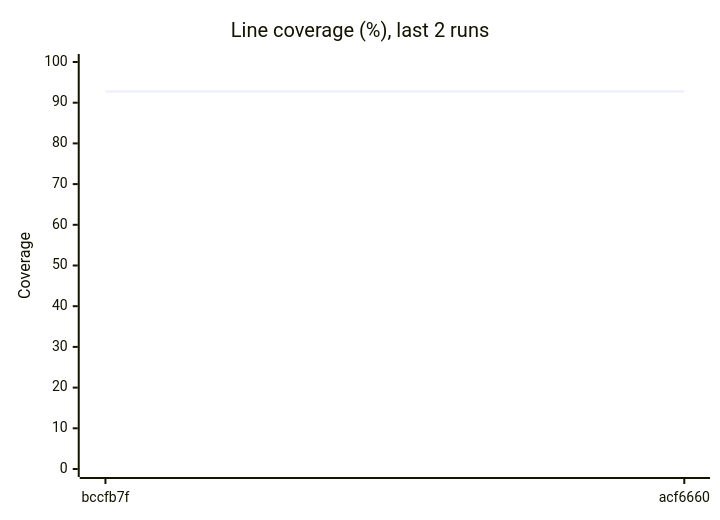
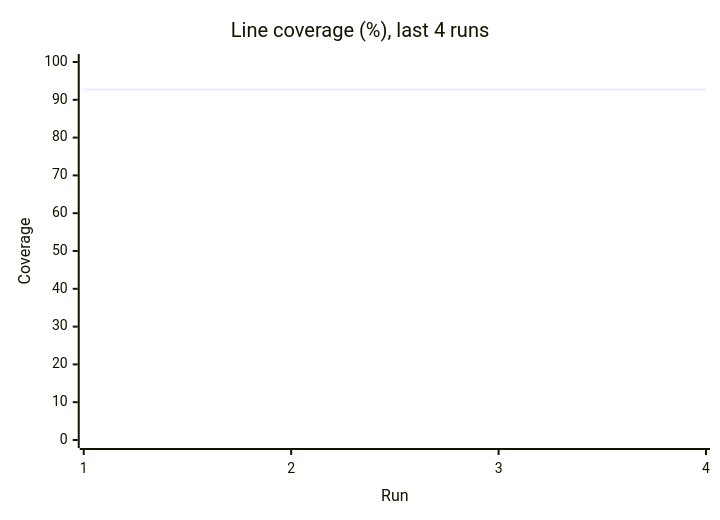
One commit to Shirojoufu/Service-Template changed the third of 3 diagrams in reports/summary.md. Above: the diagram before and after it, drawn with Mermaid. The commit also changed other lines of this file and 5 other files, not shown here.

````diff
--- a/reports/summary.md
+++ b/reports/summary.md
@@ -33,7 +33,7 @@
 ```mermaid
 xychart-beta
-    title "Line coverage (%), last 2 runs"
-    x-axis ["bccfb7f", "acf6660"]
+    title "Line coverage (%), last 4 runs"
+    x-axis "Run" [1, 2, 3, 4]
     y-axis "Coverage" 0 --> 100
-    line [92.75, 92.75]
+    line [92.75, 92.75, 92.75, 92.75]
 ```
````
